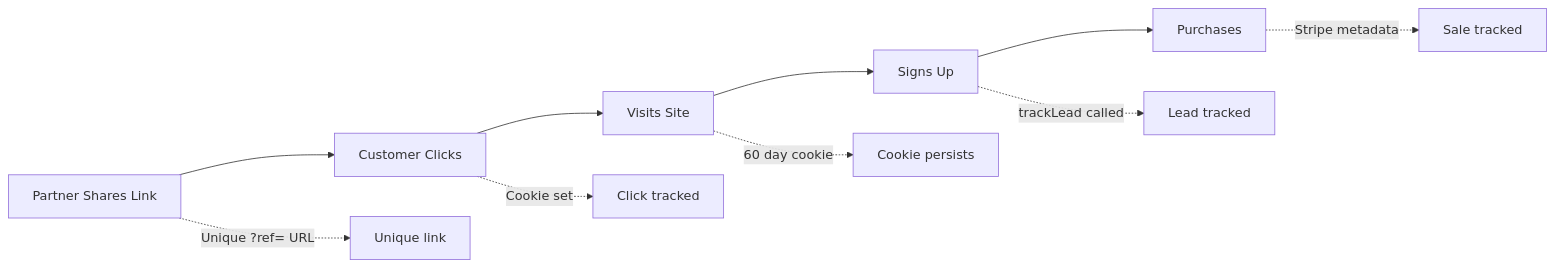
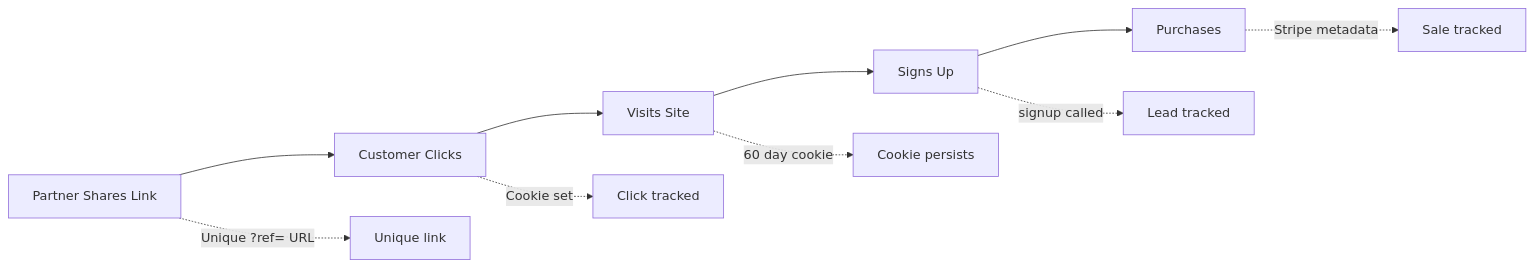
The diagram in src/content/docs/advertisers/tracking/tracking-overview.mdx (Affitor/affitor-docs), drawn with Mermaid before and after one commit. The commit also changed other lines of this file and 9 other files, not shown here.

First line of the commit message:
Update API terminology from trackLead to signup and customer_code to click_id throughout documentation

````diff
--- a/src/content/docs/advertisers/tracking/tracking-overview.mdx
+++ b/src/content/docs/advertisers/tracking/tracking-overview.mdx
@@ -26,13 +26,13 @@
 ```mermaid
 graph LR
     A[Partner Shares Link] --> B[Customer Clicks]
     B --> C[Visits Site]
     C --> D[Signs Up]
     D --> E[Purchases]
     
     A -.->|Unique ?ref= URL| A1[Unique link]
     B -.->|Cookie set| B1[Click tracked]
     C -.->|60 day cookie| C1[Cookie persists]
-    D -.->|trackLead called| D1[Lead tracked]
+    D -.->|signup called| D1[Lead tracked]
     E -.->|Stripe metadata| E1[Sale tracked]
 ```
````
